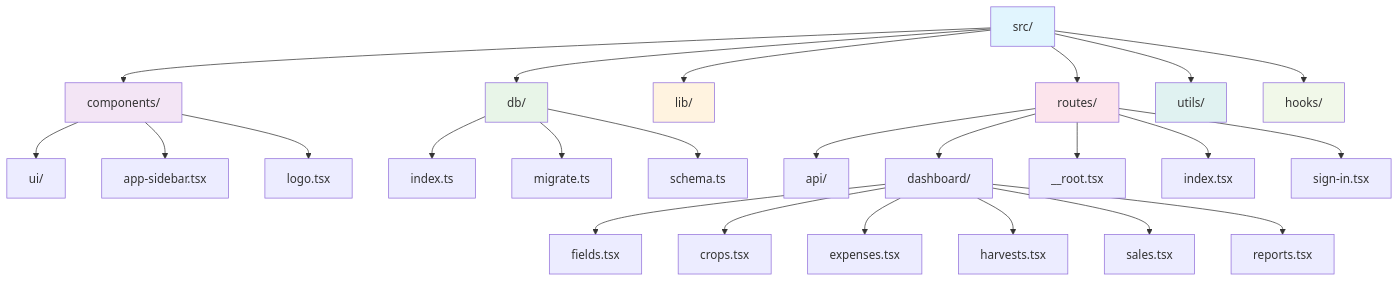
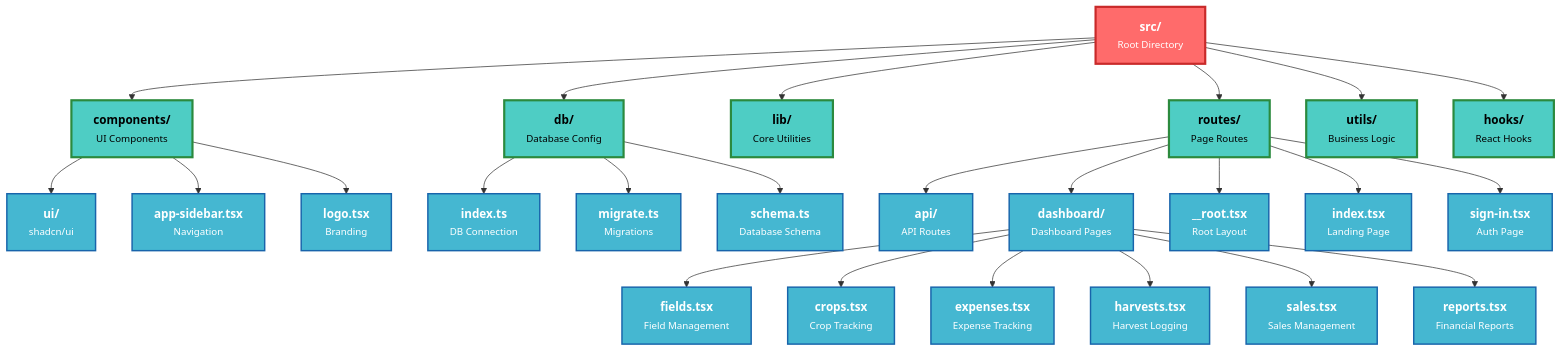
The second of 6 diagrams in docs/docs.md (Nnadivictory25/farm-assist), drawn with Mermaid before and after one commit. The commit also changed other lines of this file and 1 other file, not shown here.

````diff
--- a/docs/docs.md
+++ b/docs/docs.md
@@ -112,38 +110,38 @@
 ```mermaid
 graph TD
-    A[src/] --> B[components/]
-    A --> C[db/]
-    A --> D[lib/]
-    A --> E[routes/]
-    A --> F[utils/]
-    A --> G[hooks/]
+    A["<b>src/</b><br/><small>Root Directory</small>"] --> B["<b>components/</b><br/><small>UI Components</small>"]
+    A --> C["<b>db/</b><br/><small>Database Config</small>"]
+    A --> D["<b>lib/</b><br/><small>Core Utilities</small>"]
+    A --> E["<b>routes/</b><br/><small>Page Routes</small>"]
+    A --> F["<b>utils/</b><br/><small>Business Logic</small>"]
+    A --> G["<b>hooks/</b><br/><small>React Hooks</small>"]
 
-    B --> B1[ui/]
-    B --> B2[app-sidebar.tsx]
-    B --> B3[logo.tsx]
+    B --> B1["<b>ui/</b><br/><small>shadcn/ui</small>"]
+    B --> B2["<b>app-sidebar.tsx</b><br/><small>Navigation</small>"]
+    B --> B3["<b>logo.tsx</b><br/><small>Branding</small>"]
 
-    C --> C1[index.ts]
-    C --> C2[migrate.ts]
-    C --> C3[schema.ts]
+    C --> C1["<b>index.ts</b><br/><small>DB Connection</small>"]
+    C --> C2["<b>migrate.ts</b><br/><small>Migrations</small>"]
+    C --> C3["<b>schema.ts</b><br/><small>Database Schema</small>"]
 
-    E --> E1[api/]
-    E --> E2[dashboard/]
-    E --> E3[__root.tsx]
-    E --> E4[index.tsx]
-    E --> E5[sign-in.tsx]
+    E --> E1["<b>api/</b><br/><small>API Routes</small>"]
+    E --> E2["<b>dashboard/</b><br/><small>Dashboard Pages</small>"]
+    E --> E3["<b>__root.tsx</b><br/><small>Root Layout</small>"]
+    E --> E4["<b>index.tsx</b><br/><small>Landing Page</small>"]
+    E --> E5["<b>sign-in.tsx</b><br/><small>Auth Page</small>"]
 
-    E2 --> E2a[fields.tsx]
-    E2 --> E2b[crops.tsx]
-    E2 --> E2c[expenses.tsx]
-    E2 --> E2d[harvests.tsx]
-    E2 --> E2e[sales.tsx]
-    E2 --> E2f[reports.tsx]
+    E2 --> E2a["<b>fields.tsx</b><br/><small>Field Management</small>"]
+    E2 --> E2b["<b>crops.tsx</b><br/><small>Crop Tracking</small>"]
+    E2 --> E2c["<b>expenses.tsx</b><br/><small>Expense Tracking</small>"]
+    E2 --> E2d["<b>harvests.tsx</b><br/><small>Harvest Logging</small>"]
+    E2 --> E2e["<b>sales.tsx</b><br/><small>Sales Management</small>"]
+    E2 --> E2f["<b>reports.tsx</b><br/><small>Financial Reports</small>"]
 
-    style A fill:#e1f5fe
-    style B fill:#f3e5f5
-    style C fill:#e8f5e8
-    style D fill:#fff3e0
-    style E fill:#fce4ec
-    style F fill:#e0f2f1
-    style G fill:#f1f8e9
+    classDef root fill:#ff6b6b,stroke:#c92a2a,stroke-width:3px,color:#ffffff
+    classDef folder fill:#4ecdc4,stroke:#2b8a3e,stroke-width:3px,color:#000000
+    classDef file fill:#45b7d1,stroke:#1864ab,stroke-width:2px,color:#ffffff
+
+    class A root
+    class B,C,D,E,F,G folder
+    class B1,B2,B3,C1,C2,C3,E1,E2,E3,E4,E5,E2a,E2b,E2c,E2d,E2e,E2f file
 ```
````
